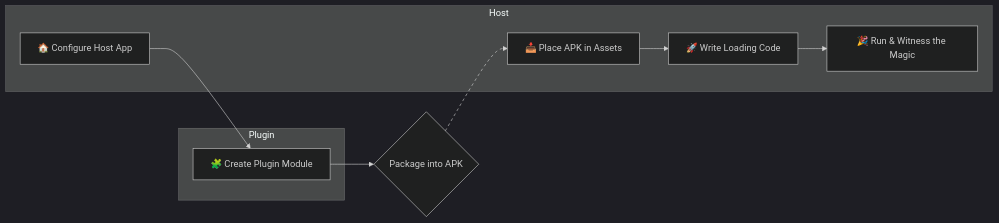
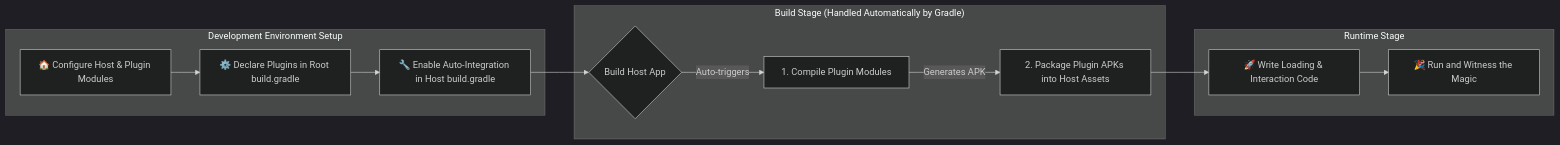
Before and after one commit to VpJokor/ComboLite: the diagram in docs/1_QUICK_START_EN.md, drawn with Mermaid (dark theme). The commit also changed other lines of this file and 4 other files, not shown here.

````diff
--- a/docs/1_QUICK_START_EN.md
+++ b/docs/1_QUICK_START_EN.md
@@ -23,21 +13,20 @@
 ```mermaid
 graph LR
-    A[🏠 Configure Host App] --> B[🧩 Create Plugin Module];
-    B --> C{Package into APK};
-    C --> D[📥 Place APK in Assets];
-    D --> E[🚀 Write Loading Code];
-    E --> F[🎉 Run & Witness the Magic];
-
-    subgraph "Host"
-        A
-        D
-        E
-        F
+    subgraph "Development Environment Setup"
+        A[🏠 Configure Host & Plugin Modules] --> B[⚙️ Declare Plugins in Root build.gradle];
+        B --> C[🔧 Enable Auto-Integration in Host build.gradle];
     end
 
-    subgraph "Plugin"
-        B
+    subgraph "Build Stage (Handled Automatically by Gradle)"
+        D{Build Host App};
+        D -- Auto-triggers --> E[1. Compile Plugin Modules];
+        E -- Generates APK --> F[2. Package Plugin APKs into Host Assets];
     end
-    
-    linkStyle 2 stroke-dasharray: 5 5;
+
+    subgraph "Runtime Stage"
+        G[🚀 Write Loading & Interaction Code] --> H[🎉 Run and Witness the Magic];
+    end
+
+    C --> D;
+    F --> G;
 ```
````
